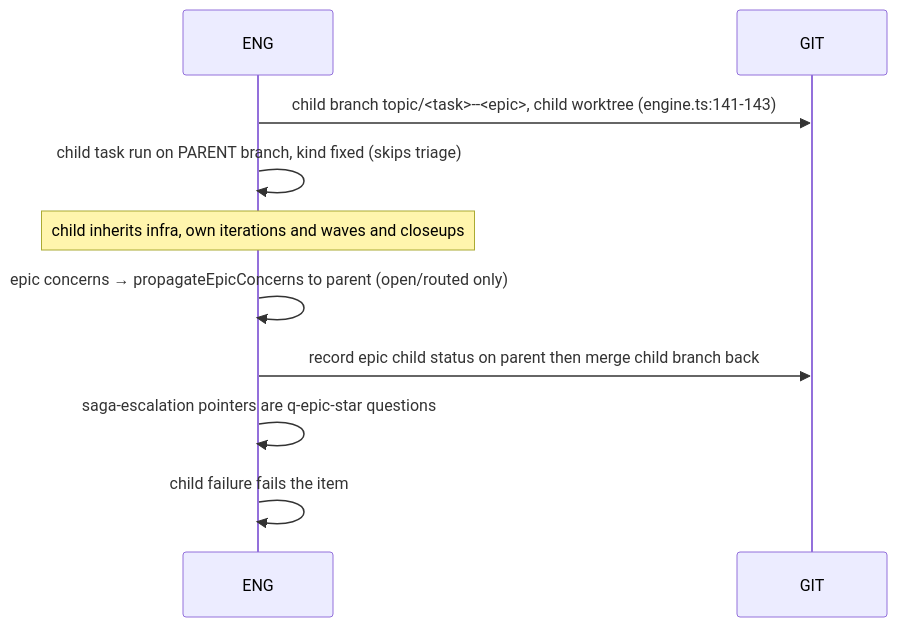
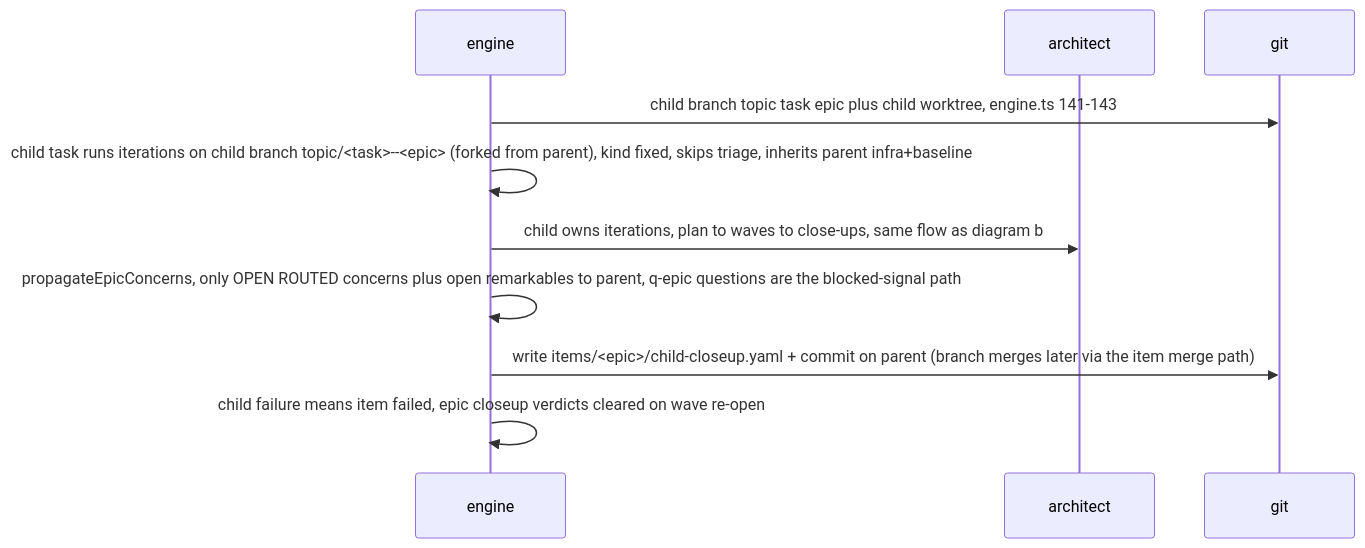
The fifth of 5 diagrams in plugins/software-factory/docs/IMPLEMENTATION.md (szavadsky/agentic-swarm), drawn with Mermaid before and after one commit. The commit also changed other lines of this file, not shown here.

Commit message:
software-factory: as-built IMPLEMENTATION.md (diagrams + LLM audit)

````diff
--- a/plugins/software-factory/docs/IMPLEMENTATION.md
+++ b/plugins/software-factory/docs/IMPLEMENTATION.md
@@ -151,12 +214,12 @@
 ```mermaid
 sequenceDiagram
-    participant ENG
-    participant GIT
-    ENG->>GIT: child branch topic/<task>--<epic>, child worktree (engine.ts:141-143)
-    ENG->>ENG: child task run on PARENT branch, kind fixed (skips triage)
-    Note over ENG: child inherits infra, own iterations and waves and closeups
-    ENG->>ENG: epic concerns → propagateEpicConcerns to parent (open/routed only)
-    ENG->>GIT: record epic child status on parent then merge child branch back
-    ENG->>ENG: saga-escalation pointers are q-epic-star questions
-    ENG->>ENG: child failure fails the item
+    participant ENG as engine
+    participant ARC as architect
+    participant GIT as git
+    ENG->>GIT: child branch topic task epic plus child worktree, engine.ts 141-143
+    ENG->>ENG: child task runs iterations on child branch topic/<task>--<epic> (forked from parent), kind fixed, skips triage, inherits parent infra+baseline
+    ENG->>ARC: child owns iterations, plan to waves to close-ups, same flow as diagram b
+    ENG->>ENG: propagateEpicConcerns, only OPEN ROUTED concerns plus open remarkables to parent, q-epic questions are the blocked-signal path
+    ENG->>GIT: write items/<epic>/child-closeup.yaml + commit on parent (branch merges later via the item merge path)
+    ENG->>ENG: child failure means item failed, epic closeup verdicts cleared on wave re-open
 ```
````
